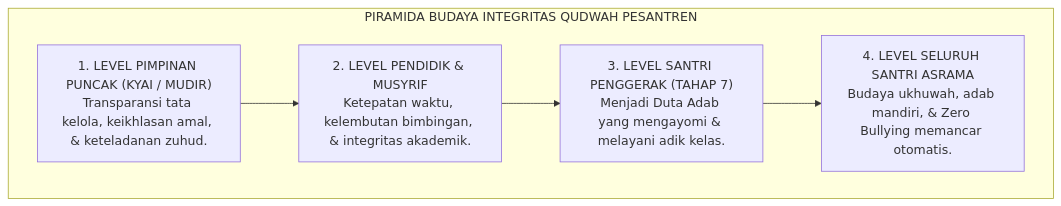
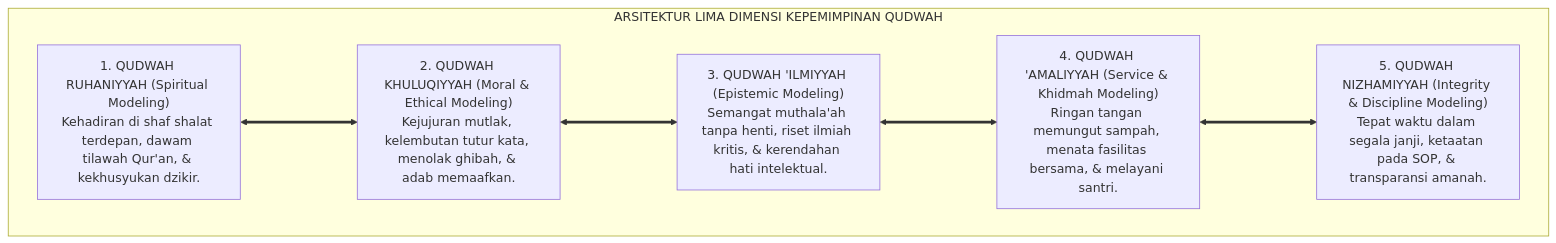
One commit to wandiapriliyandi/tumbuh changed the second of 4 diagrams in 01 Philosophy/05 Leadership/P1-05-01-Falsafah-Kepemimpinan-Berbasis-Qudwah.md. Above: the diagram before and after it, drawn with Mermaid. The commit also changed other lines of this file and 7 other files, not shown here.

````diff
--- a/01 Philosophy/05 Leadership/P1-05-01-Falsafah-Kepemimpinan-Berbasis-Qudwah.md
+++ b/01 Philosophy/05 Leadership/P1-05-01-Falsafah-Kepemimpinan-Berbasis-Qudwah.md
@@ -237,14 +119,17 @@
 ```mermaid
-graph TD
-    subgraph BudayaIntegritasLembaga["PIRAMIDA BUDAYA INTEGRITAS QUDWAH PESANTREN"]
-        Kyai["1. LEVEL PIMPINAN PUNCAK (KYAI / MUDIR)<br/>Transparansi tata kelola, keikhlasan amal, & keteladanan zuhud."]
+flowchart TD
+    subgraph ArsitekturKepemimpinanQudwahTUMBUH["ARSITEKTUR LIMA DIMENSI KEPEMIMPINAN QUDWAH"]
         
-        Asatidz["2. LEVEL PENDIDIK & MUSYRIF<br/>Ketepatan waktu, kelembutan bimbingan, & integritas akademik."]
+        Q1["1. QUDWAH RUHANIYYAH (Spiritual Modeling)<br/>Kehadiran di shaf shalat terdepan, dawam tilawah Qur'an, & kekhusyukan dzikir."]
         
-        SantriSenior["3. LEVEL SANTRI PENGGERAK (TAHAP 7)<br/>Menjadi Duta Adab yang mengayomi & melayani adik kelas."]
+        Q2["2. QUDWAH KHULUQIYYAH (Moral & Ethical Modeling)<br/>Kejujuran mutlak, kelembutan tutur kata, menolak ghibah, & adab memaafkan."]
         
-        SantriSemua["4. LEVEL SELURUH SANTRI ASRAMA<br/>Budaya ukhuwah, adab mandiri, & Zero Bullying memancar otomatis."]
+        Q3["3. QUDWAH 'ILMIYYAH (Epistemic Modeling)<br/>Semangat muthala'ah tanpa henti, riset ilmiah kritis, & kerendahan hati intelektual."]
         
-        Kyai --> Asatidz --> SantriSenior --> SantriSemua
+        Q4["4. QUDWAH 'AMALIYYAH (Service & Khidmah Modeling)<br/>Ringan tangan memungut sampah, menata fasilitas bersama, & melayani santri."]
+        
+        Q5["5. QUDWAH NIZHAMIYYAH (Integrity & Discipline Modeling)<br/>Tepat waktu dalam segala janji, ketaatan pada SOP, & transparansi amanah."]
+        
+        Q1 <===> Q2 <===> Q3 <===> Q4 <===> Q5
     end
 ```
````
